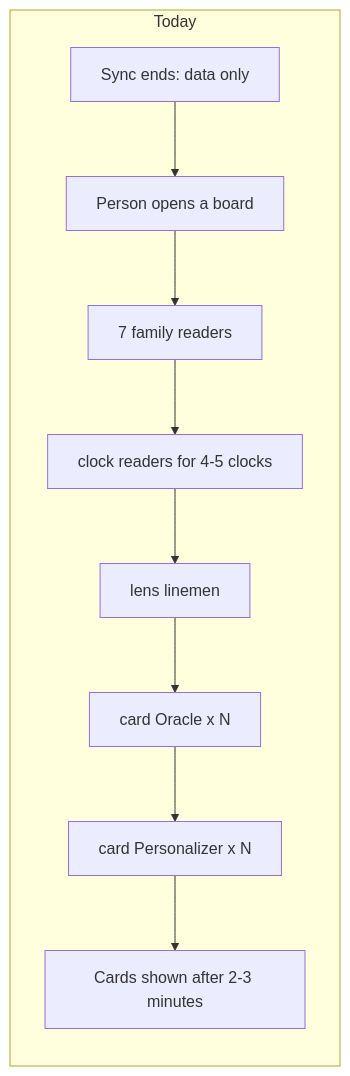
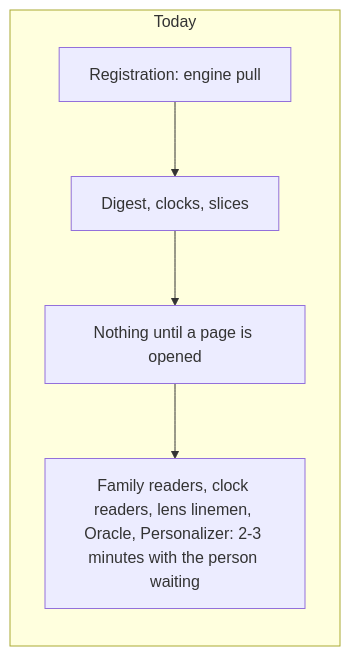
The first of 2 diagrams in docs/techniques/11-reading-prepared-ahead.md (sachinm/AIAstraServer), drawn with Mermaid before and after one commit. The commit also changed other lines of this file and 1 other file, not shown here.

First line of the commit message:
docs(techniques): plan 11 rev 2, one status from registration, a dashboard queue, the current maha dasha first

````diff
--- a/docs/techniques/11-reading-prepared-ahead.md
+++ b/docs/techniques/11-reading-prepared-ahead.md
@@ -106,12 +144,8 @@
 ```mermaid
 flowchart LR
   subgraph Today
-    A1[Sync ends: data only] --> A2[Person opens a board]
-    A2 --> A3[7 family readers]
-    A3 --> A4[clock readers for 4-5 clocks]
-    A4 --> A5[lens linemen]
-    A5 --> A6[card Oracle x N]
-    A6 --> A7[card Personalizer x N]
-    A7 --> A8[Cards shown after 2-3 minutes]
+    A1[Registration: engine pull] --> A2[Digest, clocks, slices]
+    A2 --> A3[Nothing until a page is opened]
+    A3 --> A4[Family readers, clock readers, lens linemen, Oracle, Personalizer: 2-3 minutes with the person waiting]
   end
 ```
````
